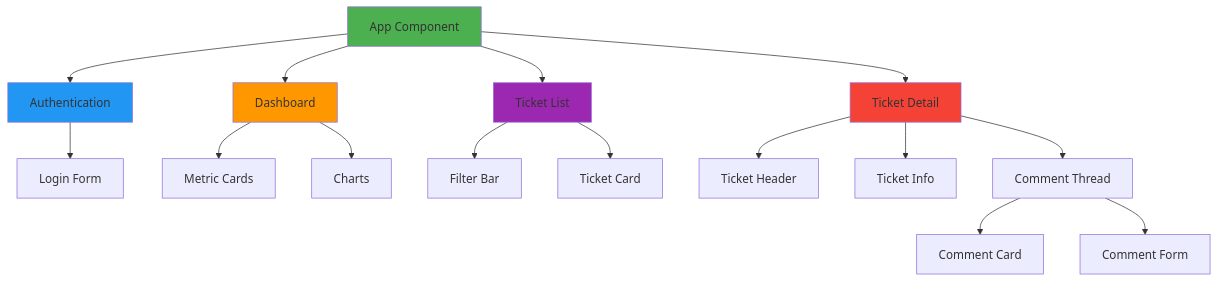
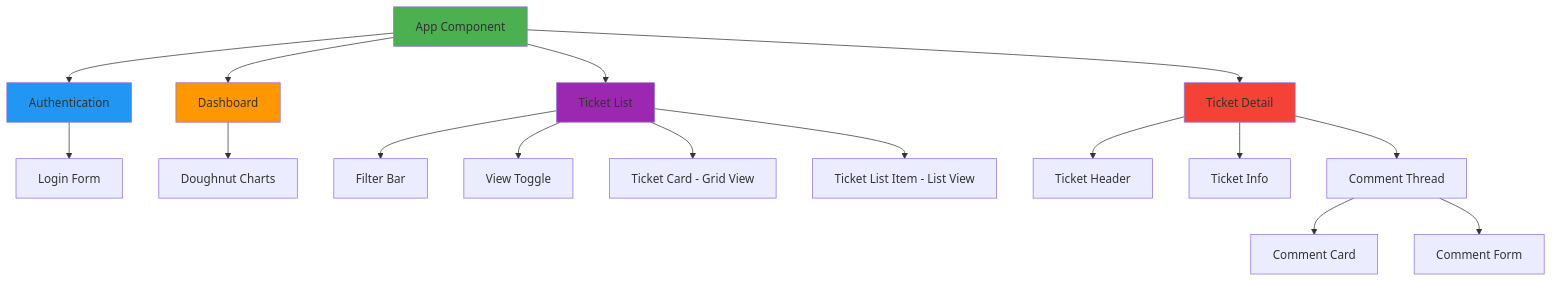
The second of 9 diagrams in .kiro/steering/architecture-overview.md (ti994a/TelosDemo), drawn with Mermaid before and after one commit. The commit also changed other lines of this file and 20 other files, not shown here.

````diff
--- a/.kiro/steering/architecture-overview.md
+++ b/.kiro/steering/architecture-overview.md
@@ -52,29 +52,30 @@
 ```mermaid
 graph TD
     App[App Component]
     App --> Auth[Authentication]
     App --> Dashboard[Dashboard]
     App --> TicketList[Ticket List]
     App --> TicketDetail[Ticket Detail]
     
     Auth --> LoginForm[Login Form]
     
-    Dashboard --> MetricCard[Metric Cards]
-    Dashboard --> Charts[Charts]
+    Dashboard --> DoughnutChart[Doughnut Charts]
     
     TicketList --> FilterBar[Filter Bar]
-    TicketList --> TicketCard[Ticket Card]
+    TicketList --> ViewToggle[View Toggle]
+    TicketList --> TicketCard[Ticket Card - Grid View]
+    TicketList --> TicketListItem[Ticket List Item - List View]
     
     TicketDetail --> TicketHeader[Ticket Header]
     TicketDetail --> TicketInfo[Ticket Info]
     TicketDetail --> CommentThread[Comment Thread]
     
     CommentThread --> CommentCard[Comment Card]
     CommentThread --> CommentForm[Comment Form]
 
     style App fill:#4CAF50
     style Auth fill:#2196F3
     style Dashboard fill:#FF9800
     style TicketList fill:#9C27B0
     style TicketDetail fill:#F44336
 ```
````
